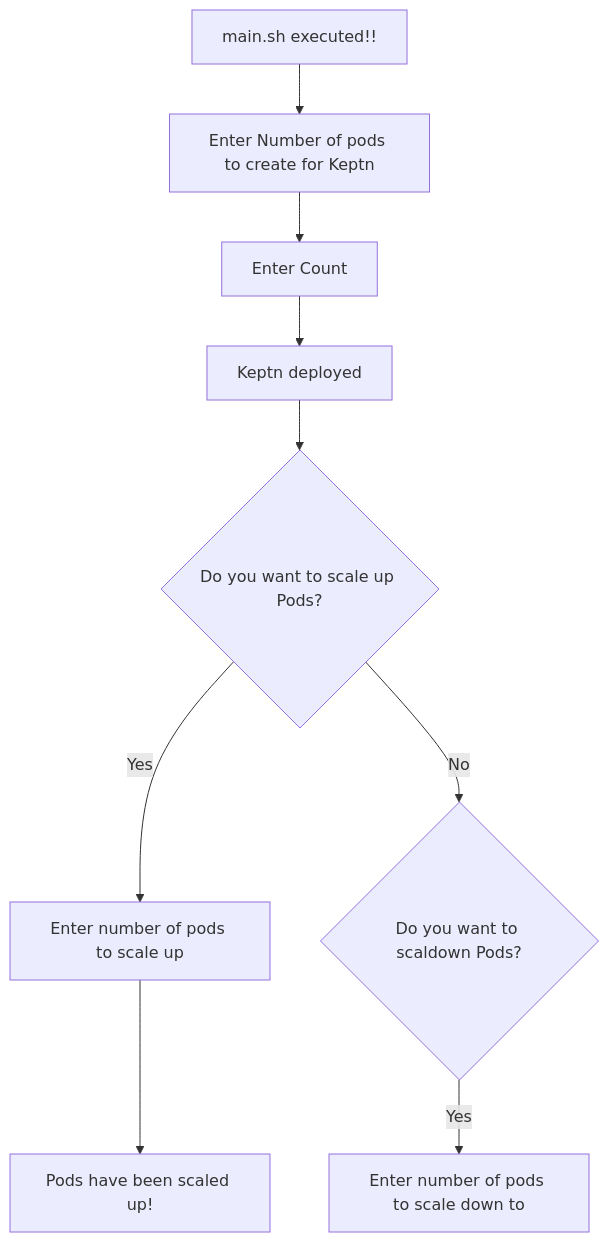
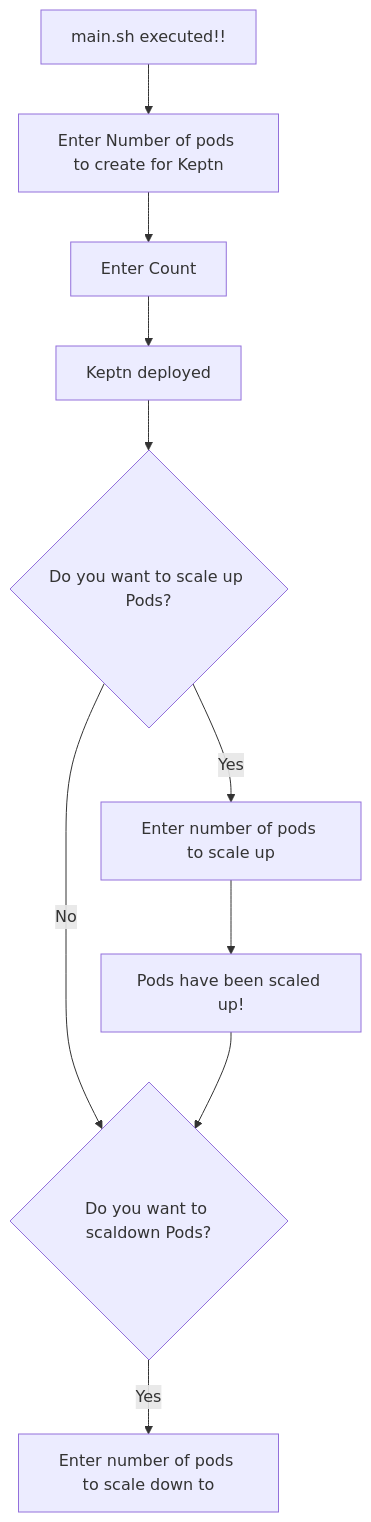
One commit to NashTech-Labs/Deploy-Keptn-using-K8s changed the diagram in README.md. Above: the diagram before and after it, drawn with Mermaid.

Commit message:
Updated Template

````diff
--- a/README.md
+++ b/README.md
@@ -38,14 +38,15 @@
 ```mermaid
 flowchart TD
     A[main.sh executed!!];
     A --> B[Enter Number of pods to create for Keptn];
     B --> C[Enter Count];
     C --> D[Keptn deployed];
     D --> E{Do you want to scale up Pods?};
     E -- Yes --> F[Enter number of pods to scale up];
     F --> G[Pods have been scaled up!]
     E -- No --> H{Do you want to scaldown Pods?};
+    G --> H{Do you want to scaldown Pods?};
     H -- Yes --> I[Enter number of pods to scale down to];
-    
+
 
 ```
````
